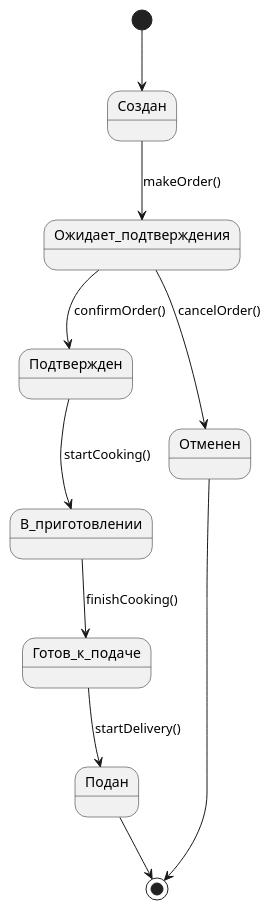
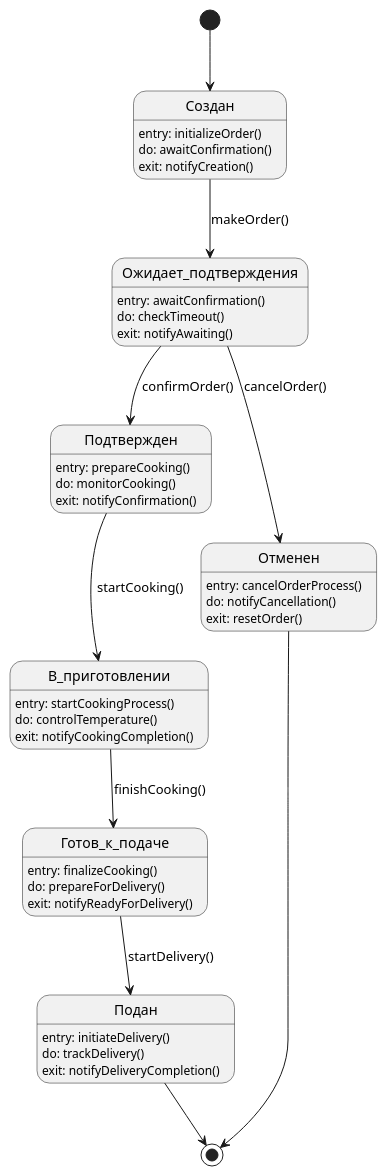
One commit to Towich/PlantUML changed the diagram in Restaurant/states.wsd. Above: the diagram before and after it, drawn with PlantUML.

Commit message:
Fixed states

```diff
--- a/Restaurant/states.wsd
+++ b/Restaurant/states.wsd
@@ -1,14 +1,43 @@
 @startuml
 [*] --> Создан
 
 Создан --> Ожидает_подтверждения : makeOrder()
 Ожидает_подтверждения --> Подтвержден : confirmOrder()
 Ожидает_подтверждения --> Отменен : cancelOrder()
 
 Подтвержден --> В_приготовлении : startCooking()
 В_приготовлении --> Готов_к_подаче : finishCooking()
 Готов_к_подаче --> Подан : startDelivery()
 
 Подан --> [*]
 Отменен --> [*]
+
+Создан : entry: initializeOrder()
+Создан : do: awaitConfirmation()
+Создан : exit: notifyCreation()
+
+Ожидает_подтверждения : entry: awaitConfirmation()
+Ожидает_подтверждения : do: checkTimeout()
+Ожидает_подтверждения : exit: notifyAwaiting()
+    
+Подтвержден : entry: prepareCooking()
+Подтвержден : do: monitorCooking()
+Подтвержден : exit: notifyConfirmation()
+    
+В_приготовлении : entry: startCookingProcess()
+В_приготовлении : do: controlTemperature()
+В_приготовлении : exit: notifyCookingCompletion()
+
+Готов_к_подаче: entry: finalizeCooking()
+Готов_к_подаче: do: prepareForDelivery()
+Готов_к_подаче: exit: notifyReadyForDelivery()
+
+Подан: entry: initiateDelivery()
+Подан: do: trackDelivery()
+Подан: exit: notifyDeliveryCompletion()
+
+Отменен : entry: cancelOrderProcess()
+Отменен : do: notifyCancellation()
+Отменен : exit: resetOrder()
+
 @enduml
```
